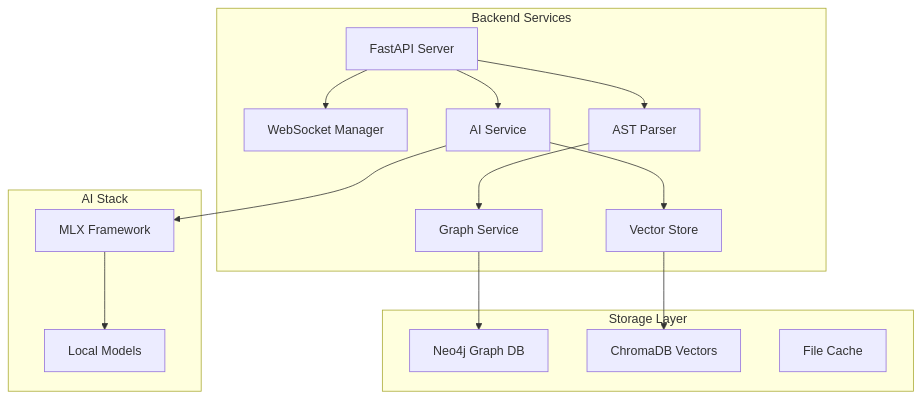
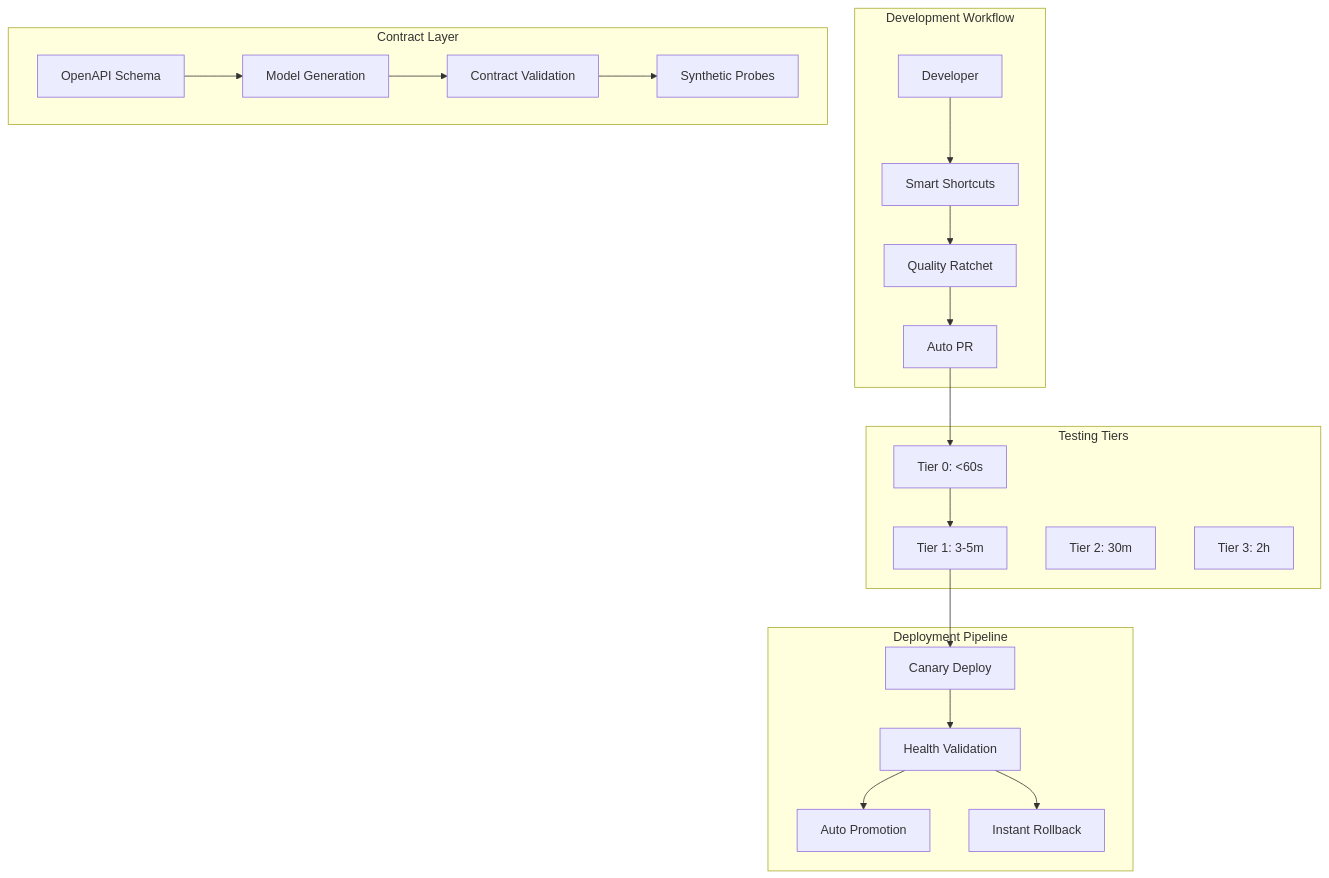
Before and after one commit to LeanVibe/leanvibe-ai: the diagram in leanvibe-backend/README.md, drawn with Mermaid. The commit also changed other lines of this file and 93 other files, not shown here.

````diff
--- a/leanvibe-backend/README.md
+++ b/leanvibe-backend/README.md
@@ -23,32 +34,37 @@
 ```mermaid
 graph TB
-    subgraph "Backend Services"
-        API[FastAPI Server]
-        WS[WebSocket Manager]
-        AI[AI Service]
-        AST[AST Parser]
-        GRAPH[Graph Service]
-        VECTOR[Vector Store]
+    subgraph "Development Workflow"
+        DEV[Developer]
+        SC[Smart Shortcuts]
+        QR[Quality Ratchet]
+        PR[Auto PR]
     end
     
-    subgraph "Storage Layer"
-        NEO[Neo4j Graph DB]
-        CHROMA[ChromaDB Vectors]
-        CACHE[File Cache]
+    subgraph "Contract Layer"
+        OAPI[OpenAPI Schema]
+        TGEN[Model Generation]
+        VALID[Contract Validation]
+        PROBE[Synthetic Probes]
     end
     
-    subgraph "AI Stack"
-        MLX[MLX Framework]
-        MODELS[Local Models]
+    subgraph "Testing Tiers"
+        T0["Tier 0: <60s"]
+        T1["Tier 1: 3-5m"]
+        T2["Tier 2: 30m"]
+        T3["Tier 3: 2h"]
     end
     
-    API --> WS
-    API --> AI
-    API --> AST
-    AST --> GRAPH
-    AI --> VECTOR
-    GRAPH --> NEO
-    VECTOR --> CHROMA
-    AI --> MLX
-    MLX --> MODELS
+    subgraph "Deployment Pipeline"
+        CANARY[Canary Deploy]
+        HEALTH[Health Validation]
+        PROMOTE[Auto Promotion]
+        ROLLBACK[Instant Rollback]
+    end
+    
+    DEV --> SC --> QR --> PR
+    PR --> T0 --> T1
+    T1 --> CANARY --> HEALTH
+    HEALTH --> PROMOTE
+    HEALTH --> ROLLBACK
+    OAPI --> TGEN --> VALID --> PROBE
 ```
````
